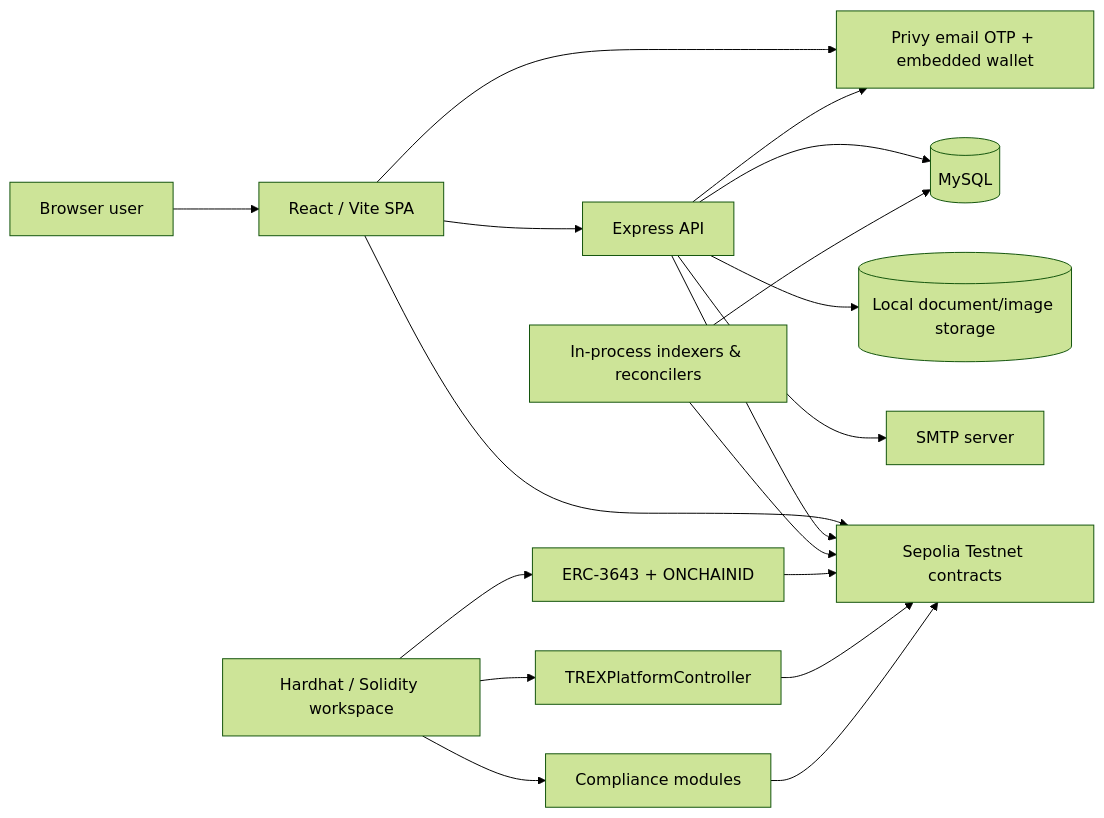
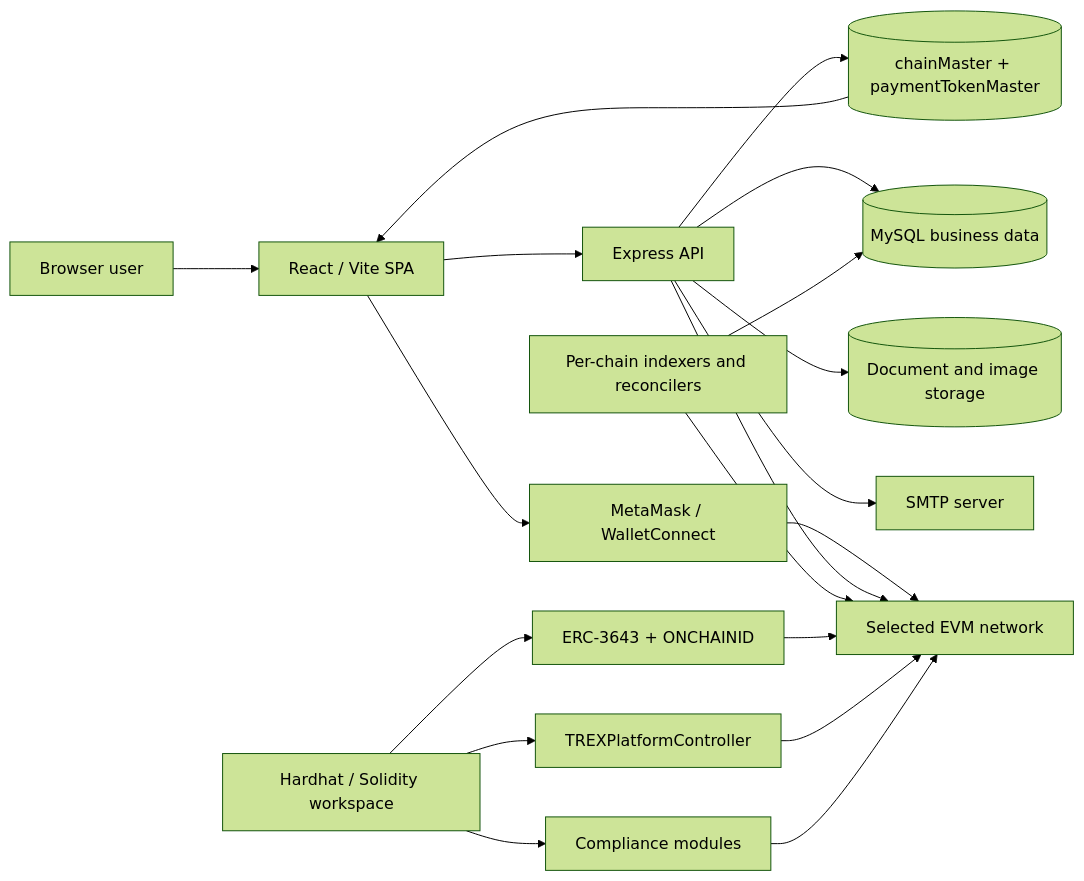
The diagram in README.md (unblocktechie/trex-capital), drawn with Mermaid (forest theme) before and after one commit. The commit also changed other lines of this file and 42 other files, not shown here.

````diff
--- a/README.md
+++ b/README.md
@@ -98,24 +107,23 @@
 ```mermaid
 flowchart LR
     User[Browser user] --> SPA[React / Vite SPA]
-    SPA --> Privy[Privy email OTP + embedded wallet]
     SPA --> API[Express API]
-    SPA --> Sepolia[Sepolia Testnet contracts]
+    SPA --> Wallet[MetaMask / WalletConnect]
+    API --> ChainConfig[(chainMaster + paymentTokenMaster)]
+    API --> MySQL[(MySQL business data)]
+    API --> Files[(Document and image storage)]
+    API --> SMTP[SMTP server]
 
-    API --> MySQL[(MySQL)]
-    API --> Files[(Local document/image storage)]
-    API --> SMTP[SMTP server]
-    API --> Privy
-    API --> Sepolia
-
-    Jobs[In-process indexers & reconcilers] --> Sepolia
+    ChainConfig --> SPA
+    Wallet --> EVM[Selected EVM network]
+    API --> EVM
+    Jobs[Per-chain indexers and reconcilers] --> EVM
     Jobs --> MySQL
 
     Contracts[Hardhat / Solidity workspace] --> ERC3643[ERC-3643 + ONCHAINID]
     Contracts --> Controller[TREXPlatformController]
     Contracts --> Modules[Compliance modules]
-
-    ERC3643 --> Sepolia
-    Controller --> Sepolia
-    Modules --> Sepolia
+    ERC3643 --> EVM
+    Controller --> EVM
+    Modules --> EVM
 ```
````
